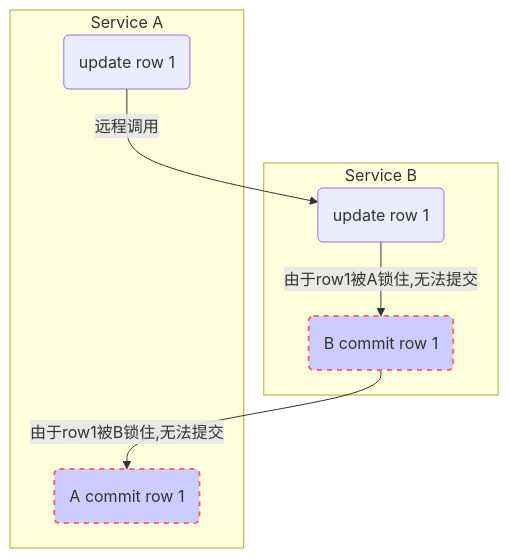
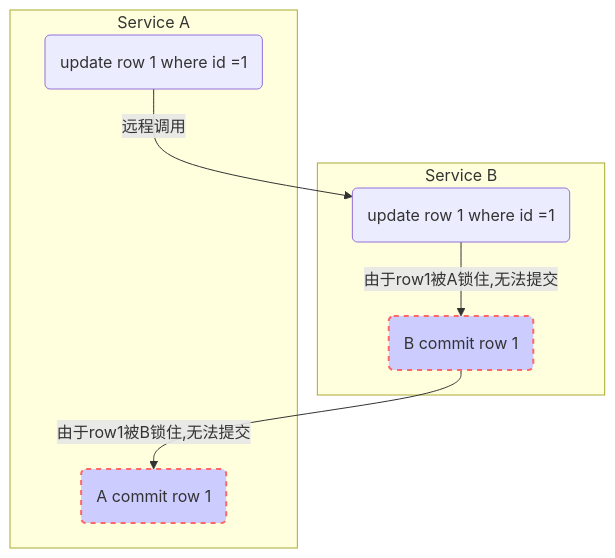
The diagram in dubbo/服务治理问题案例.md (zhudongdong/docs), drawn with Mermaid before and after one commit. The commit also changed other lines of this file, not shown here.

Commit message:
Uploaded by https://stackedit.io/

````diff
--- a/dubbo/服务治理问题案例.md
+++ b/dubbo/服务治理问题案例.md
@@ -3,20 +3,20 @@
 ```mermaid
 graph TB
 
 subgraph Service B
-c(update row 1)
+c(update row 1 where id =1)
 d(B commit row 1)
 end
 subgraph Service A
-a(update row 1)
+a(update row 1 where id =1)
 b(A commit row 1)
 
 a --远程调用--> c
 d --由于row1被B锁住,无法提交--> b
 c --由于row1被A锁住,无法提交--> d
 
 style d fill:#ccf,stroke:#f66,stroke-width:2px,stroke-dasharray: 5, 5
 style b fill:#ccf,stroke:#f66,stroke-width:2px,stroke-dasharray: 5, 5
 
 end
 ```
````
